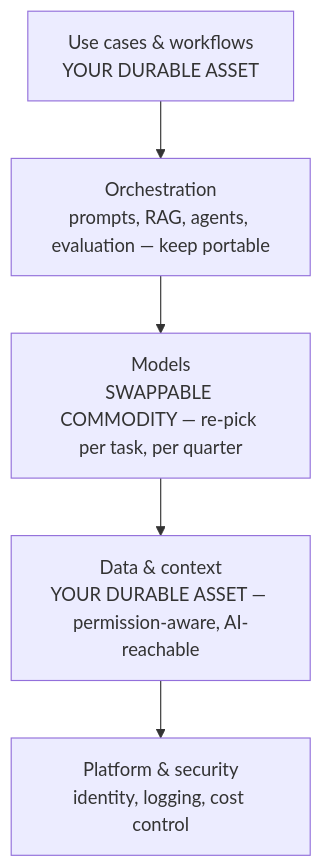
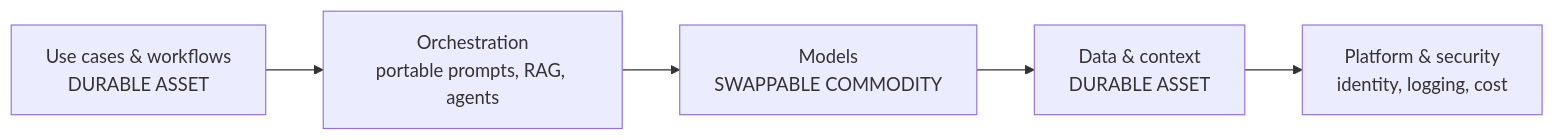
The second of 2 diagrams in content/ai-architect-perspective.md (michem/ai_consulting), drawn with Mermaid before and after one commit. The commit also changed other lines of this file and 1 other file, not shown here.

````diff
--- a/content/ai-architect-perspective.md
+++ b/content/ai-architect-perspective.md
@@ -66,7 +66,7 @@
 ```mermaid
-flowchart TB
-    UC["Use cases & workflows<br/>YOUR DURABLE ASSET"] --> OR["Orchestration<br/>prompts, RAG, agents, evaluation — keep portable"]
-    OR --> MO["Models<br/>SWAPPABLE COMMODITY — re-pick per task, per quarter"]
-    MO --> DA["Data & context<br/>YOUR DURABLE ASSET — permission-aware, AI-reachable"]
-    DA --> PL["Platform & security<br/>identity, logging, cost control"]
+flowchart LR
+    UC["Use cases & workflows<br/>DURABLE ASSET"] --> OR["Orchestration<br/>portable prompts, RAG, agents"]
+    OR --> MO["Models<br/>SWAPPABLE COMMODITY"]
+    MO --> DA["Data & context<br/>DURABLE ASSET"]
+    DA --> PL["Platform & security<br/>identity, logging, cost"]
 ```
````
